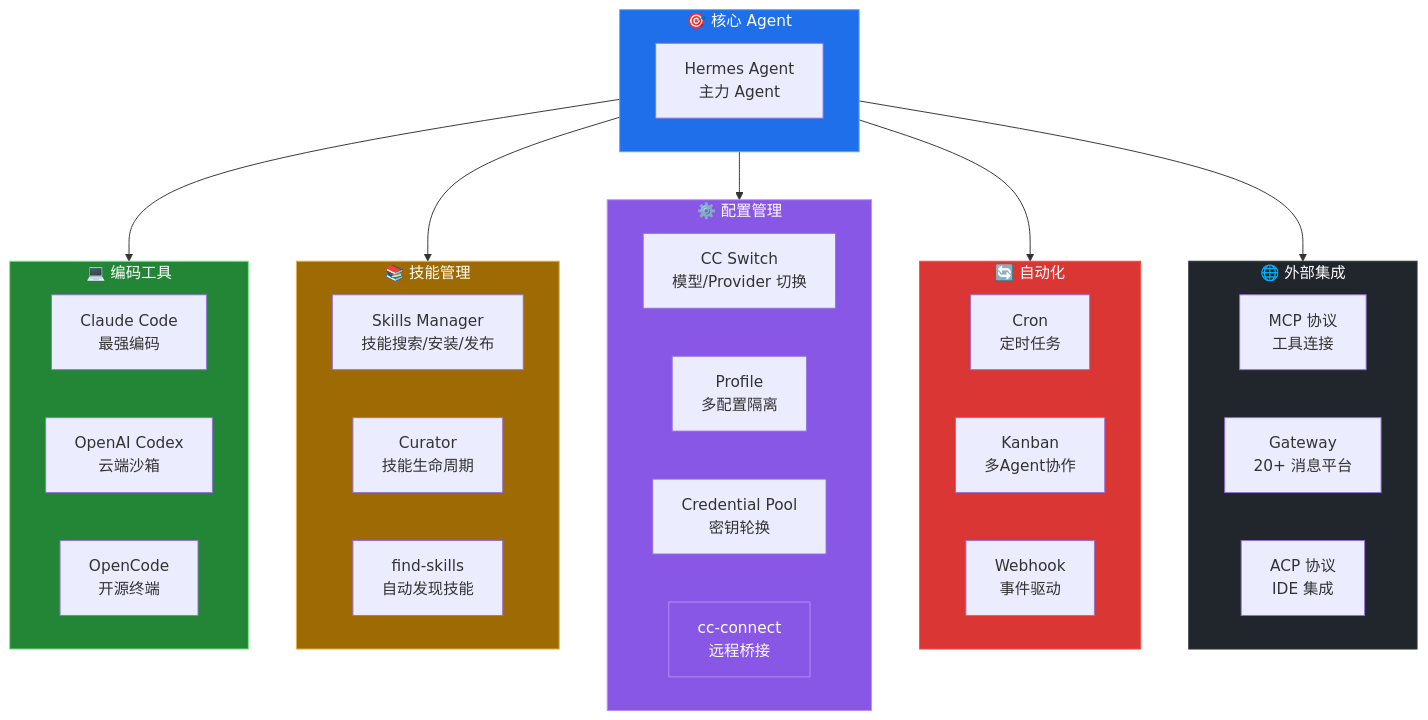
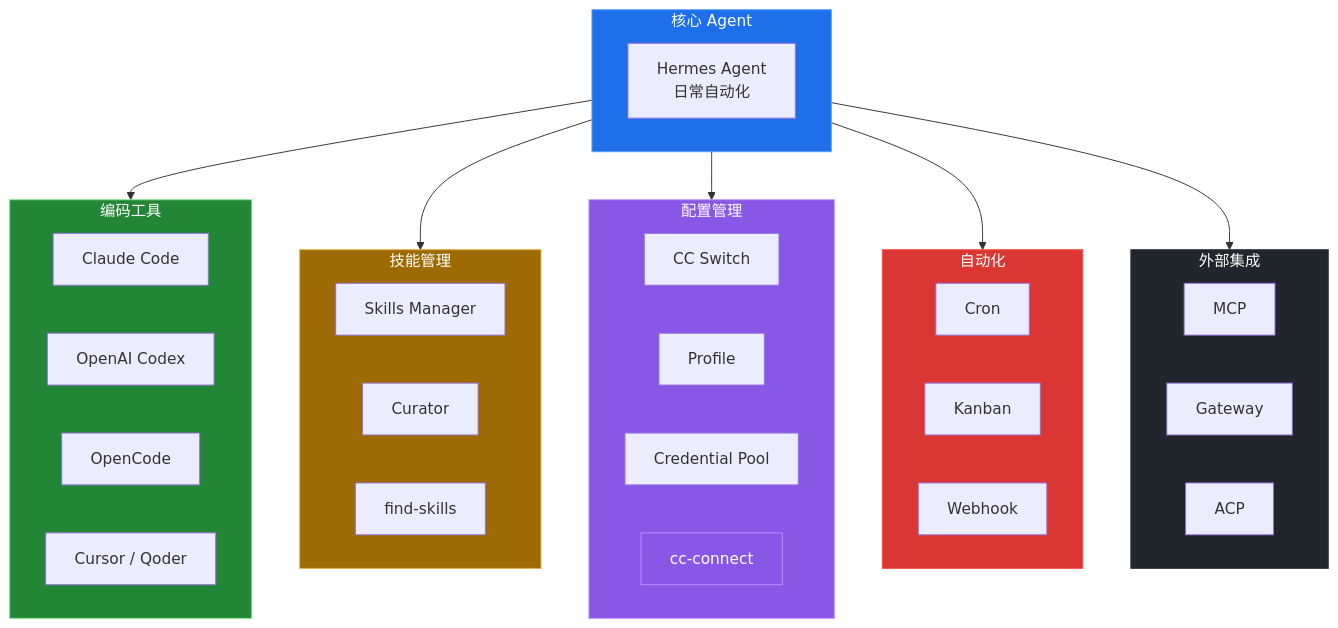
One commit to leohou0430/my-ai-stack changed diagram 14 of 14 in README.md. Above: the diagram before and after it, drawn with Mermaid. The commit also changed other lines of this file and 2 other files, not shown here.

Commit message:
Refactor code structure for improved readability and maintainability

````diff
--- a/README.md
+++ b/README.md
@@ -373,44 +521,45 @@
 ```mermaid
 graph TB
-    subgraph Core["🎯 核心 Agent"]
-        Hermes["Hermes Agent<br>主力 Agent"]
+    subgraph Core["核心 Agent"]
+        Hermes["Hermes Agent<br>日常自动化"]
     end
-    subgraph Coding["💻 编码工具"]
-        CC["Claude Code<br>最强编码"]
-        Codex["OpenAI Codex<br>云端沙箱"]
-        OC["OpenCode<br>开源终端"]
+    subgraph Coding["编码工具"]
+        CC["Claude Code"]
+        Codex["OpenAI Codex"]
+        OC["OpenCode"]
+        Cursor["Cursor / Qoder"]
     end
-    subgraph Skills["📚 技能管理"]
-        SM["Skills Manager<br>技能搜索/安装/发布"]
-        Curator["Curator<br>技能生命周期"]
-        FindSkills["find-skills<br>自动发现技能"]
+    subgraph Skills["技能管理"]
+        SM["Skills Manager"]
+        Curator["Curator"]
+        FindSkills["find-skills"]
     end
-    subgraph Config["⚙️ 配置管理"]
-        CCSwitch["CC Switch<br>模型/Provider 切换"]
-        Profile["Profile<br>多配置隔离"]
-        Auth["Credential Pool<br>密钥轮换"]
-        CCConn["cc-connect<br>远程桥接"]
+    subgraph Config["配置管理"]
+        CCSwitch["CC Switch"]
+        Profile["Profile"]
+        Auth["Credential Pool"]
+        CCConn["cc-connect"]
     end
-    subgraph Automation["🔄 自动化"]
-        Cron["Cron<br>定时任务"]
-        Kanban["Kanban<br>多Agent协作"]
-        Webhook["Webhook<br>事件驱动"]
+    subgraph Automation["自动化"]
+        Cron["Cron"]
+        Kanban["Kanban"]
+        Webhook["Webhook"]
     end
-    subgraph External["🌐 外部集成"]
-        MCP["MCP 协议<br>工具连接"]
-        Gateway["Gateway<br>20+ 消息平台"]
-        ACP["ACP 协议<br>IDE 集成"]
+    subgraph External["外部集成"]
+        MCP["MCP"]
+        Gateway["Gateway"]
+        ACP["ACP"]
     end
     Core --> Coding
     Core --> Skills
     Core --> Config
     Core --> Automation
     Core --> External
     style Core fill:#1f6feb,stroke:#58a6ff,color:#fff
     style Coding fill:#238636,stroke:#7ee787,color:#fff
     style Skills fill:#9e6a03,stroke:#e3b341,color:#fff
     style Config fill:#8957e5,stroke:#bc8cff,color:#fff
     style CCConn fill:#8957e5,stroke:#bc8cff,color:#fff
     style Automation fill:#da3633,stroke:#f85149,color:#fff
     style External fill:#21262d,stroke:#30363d,color:#fff
 ```
````
